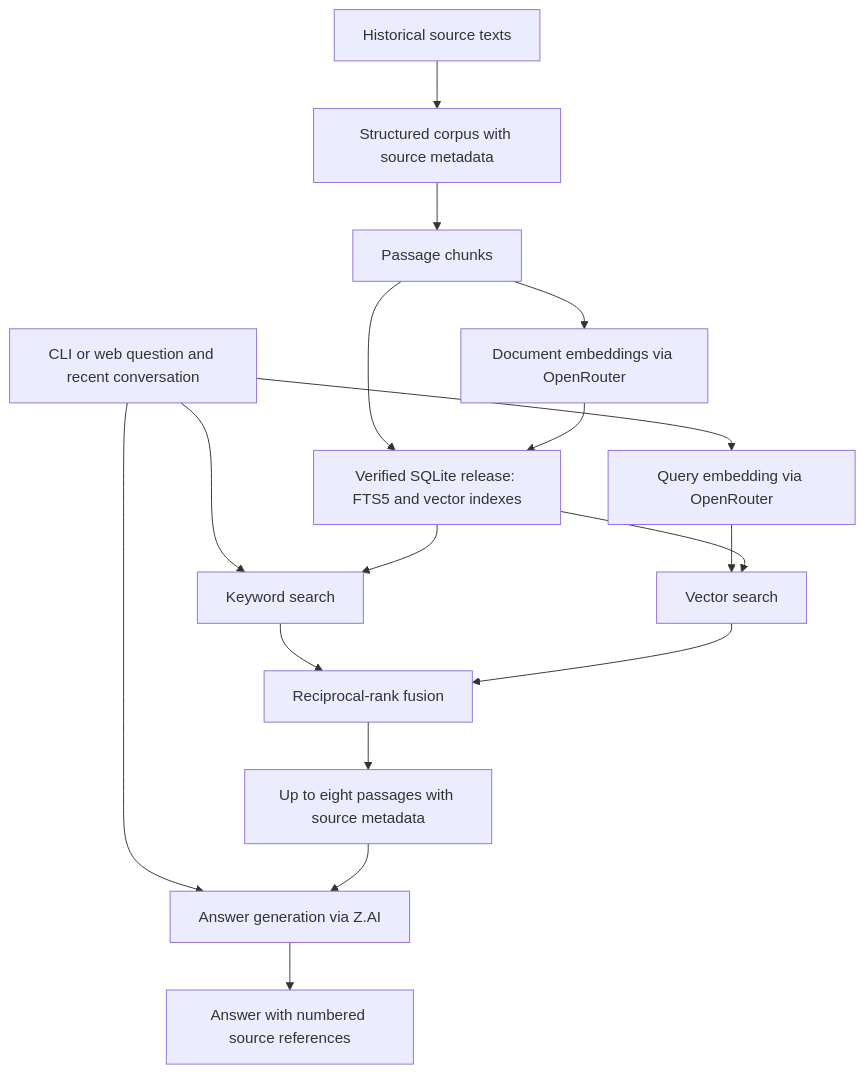
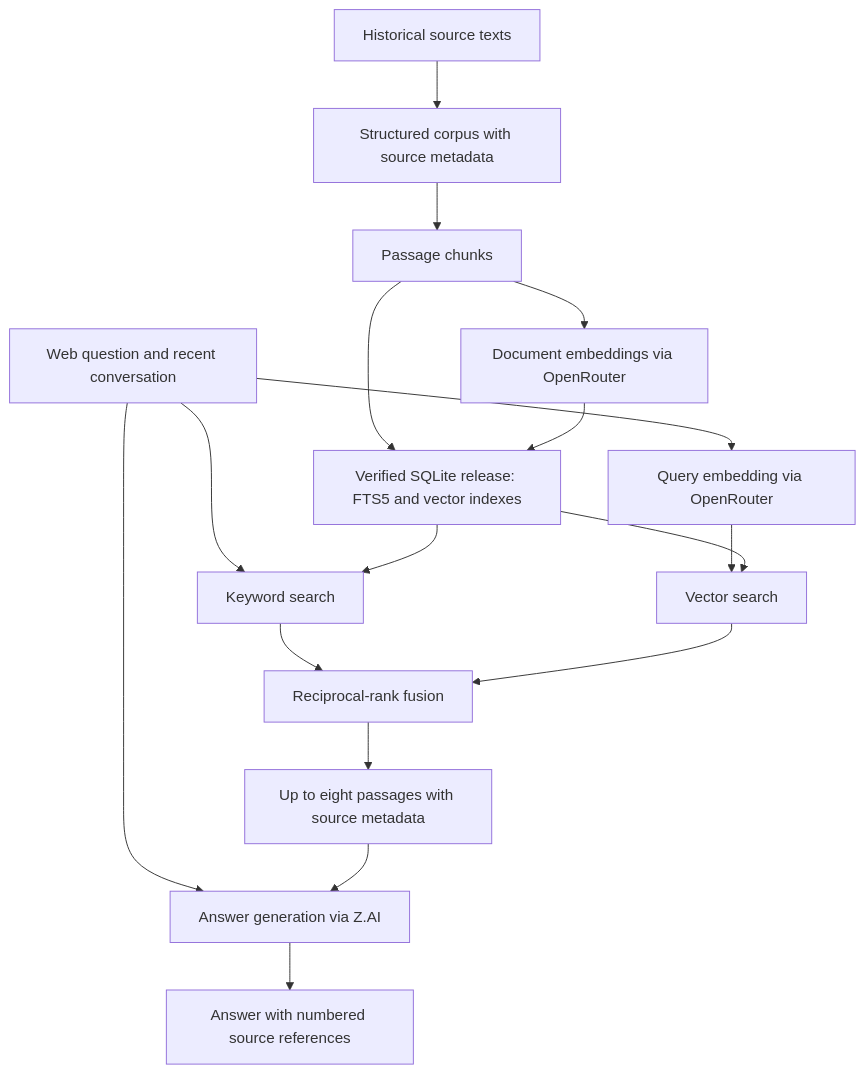
The diagram in README.md (rasagyavatsal/HomeoRemedica), drawn with Mermaid before and after one commit. The commit also changed other lines of this file and 49 other files, not shown here.

````diff
--- a/README.md
+++ b/README.md
@@ -34,19 +32,19 @@
 ```mermaid
 flowchart TD
     A[Historical source texts] --> B[Structured corpus with source metadata]
     B --> C[Passage chunks]
     C --> D[Document embeddings via OpenRouter]
     C --> E[Verified SQLite release: FTS5 and vector indexes]
     D --> E
-    Q[CLI or web question and recent conversation] --> K[Keyword search]
+    Q[Web question and recent conversation] --> K[Keyword search]
     Q --> V[Query embedding via OpenRouter]
     V --> S[Vector search]
     E --> K
     E --> S
     K --> R[Reciprocal-rank fusion]
     S --> R
     R --> P[Up to eight passages with source metadata]
     Q --> G[Answer generation via Z.AI]
     P --> G
     G --> O[Answer with numbered source references]
 ```
````
